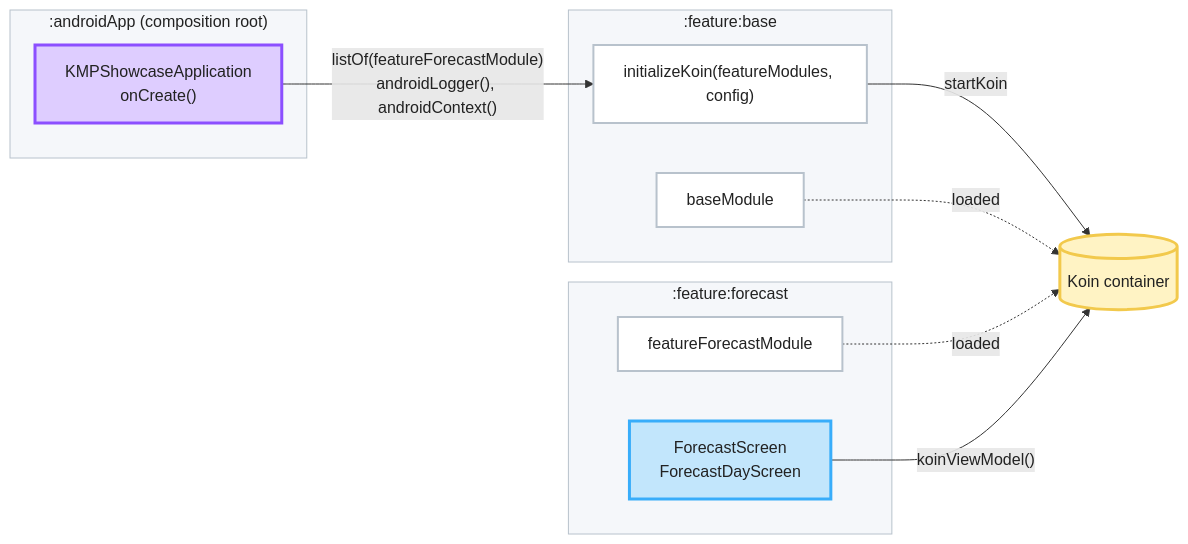
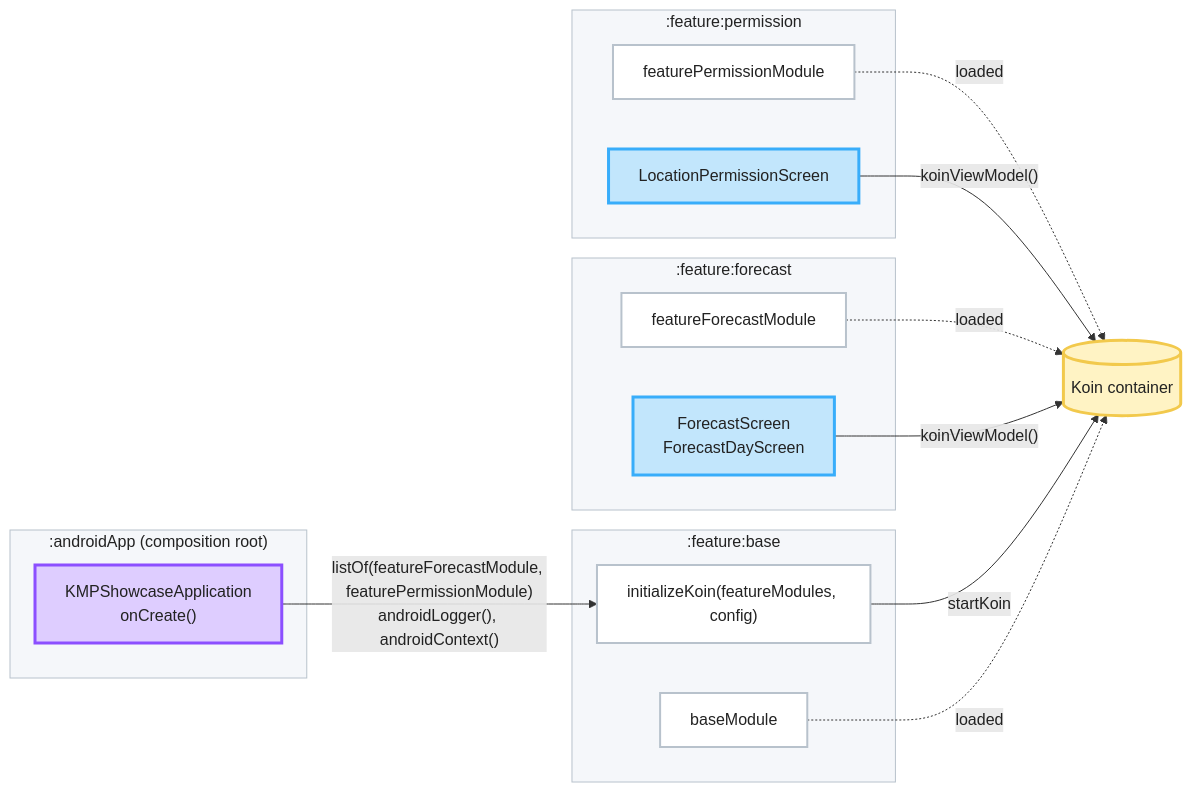
One commit to igorwojda/kmp-showcase changed the second of 3 diagrams in README.md. Above: the diagram before and after it, drawn with Mermaid. The commit also changed other lines of this file and 21 other files, not shown here.

Commit message:
Add location permission feature with handling for permission requests and states

````diff
--- a/README.md
+++ b/README.md
@@ -216,38 +225,46 @@
 ```mermaid
 flowchart LR
     subgraph androidApp[":androidApp (composition root)"]
         application["KMPShowcaseApplication<br/>onCreate()"]
     end
 
     subgraph base[":feature:base"]
         initializeKoin["initializeKoin(featureModules, config)"]
         baseModule["baseModule"]
     end
 
     subgraph forecast[":feature:forecast"]
         featureForecastModule["featureForecastModule"]
         screens["ForecastScreen<br/>ForecastDayScreen"]
     end
 
+    subgraph permission[":feature:permission"]
+        featurePermissionModule["featurePermissionModule"]
+        permissionScreen["LocationPermissionScreen"]
+    end
+
     koin[("Koin container")]
 
-    application -- "listOf(featureForecastModule)<br/>androidLogger(), androidContext()" --> initializeKoin
+    application -- "listOf(featureForecastModule, featurePermissionModule)<br/>androidLogger(), androidContext()" --> initializeKoin
     initializeKoin -- "startKoin" --> koin
     baseModule -. "loaded" .-> koin
     featureForecastModule -. "loaded" .-> koin
+    featurePermissionModule -. "loaded" .-> koin
     screens -- "koinViewModel()" --> koin
+    permissionScreen -- "koinViewModel()" --> koin
 
     classDef root fill:#DECDFF,stroke:#8C4FFF,stroke-width:3px,color:#222222;
     classDef ui fill:#C2E6FC,stroke:#38ADFA,stroke-width:3px,color:#222222;
     classDef code fill:#FFFFFF,stroke:#B8C2CC,stroke-width:2px,color:#222222;
     classDef container fill:#FFF3C4,stroke:#F2C94C,stroke-width:3px,color:#222222;
 
     class application root;
-    class screens ui;
-    class initializeKoin,baseModule,featureForecastModule code;
+    class screens,permissionScreen ui;
+    class initializeKoin,baseModule,featureForecastModule,featurePermissionModule code;
     class koin container;
 
     style androidApp fill:#F5F7FA,stroke:#B8C2CC,color:#222222;
     style base fill:#F5F7FA,stroke:#B8C2CC,color:#222222;
     style forecast fill:#F5F7FA,stroke:#B8C2CC,color:#222222;
+    style permission fill:#F5F7FA,stroke:#B8C2CC,color:#222222;
 ```
````
